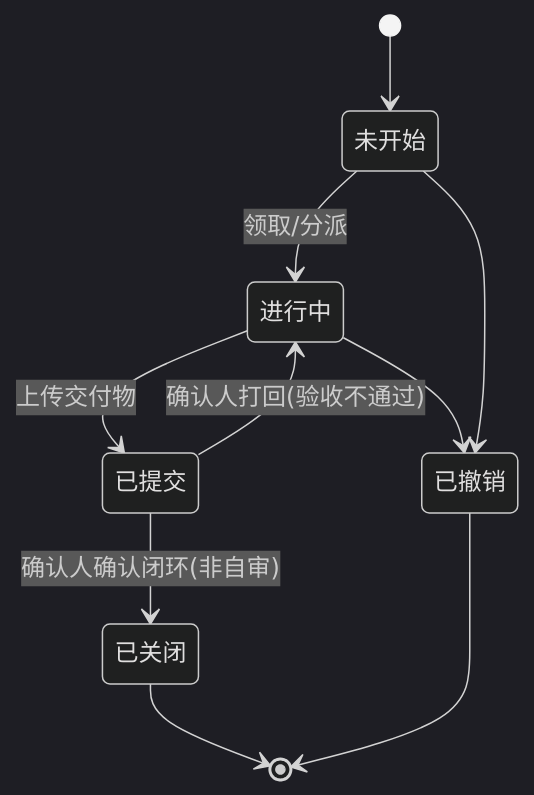
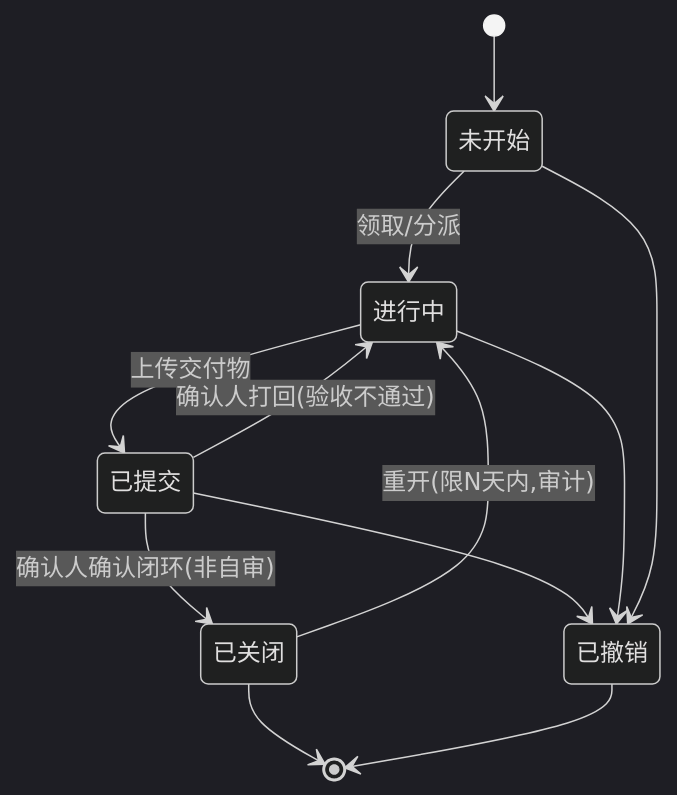
One commit to lengfengng1-ai-architect/pmsi changed the fifth of 10 diagrams in docs/07-产品架构图.md. Above: the diagram before and after it, drawn with Mermaid (dark theme). The commit also changed other lines of this file and 10 other files, not shown here.

````diff
--- a/docs/07-产品架构图.md
+++ b/docs/07-产品架构图.md
@@ -140,12 +142,14 @@
 ```mermaid
 stateDiagram-v2
     [*] --> 未开始
     未开始 --> 进行中: 领取/分派
     进行中 --> 已提交: 上传交付物
     已提交 --> 已关闭: 确认人确认闭环(非自审)
     已提交 --> 进行中: 确认人打回(验收不通过)
+    已提交 --> 已撤销
     进行中 --> 已撤销
     未开始 --> 已撤销
+    已关闭 --> 进行中: 重开(限N天内,审计)
     已关闭 --> [*]
     已撤销 --> [*]
 ```
````
